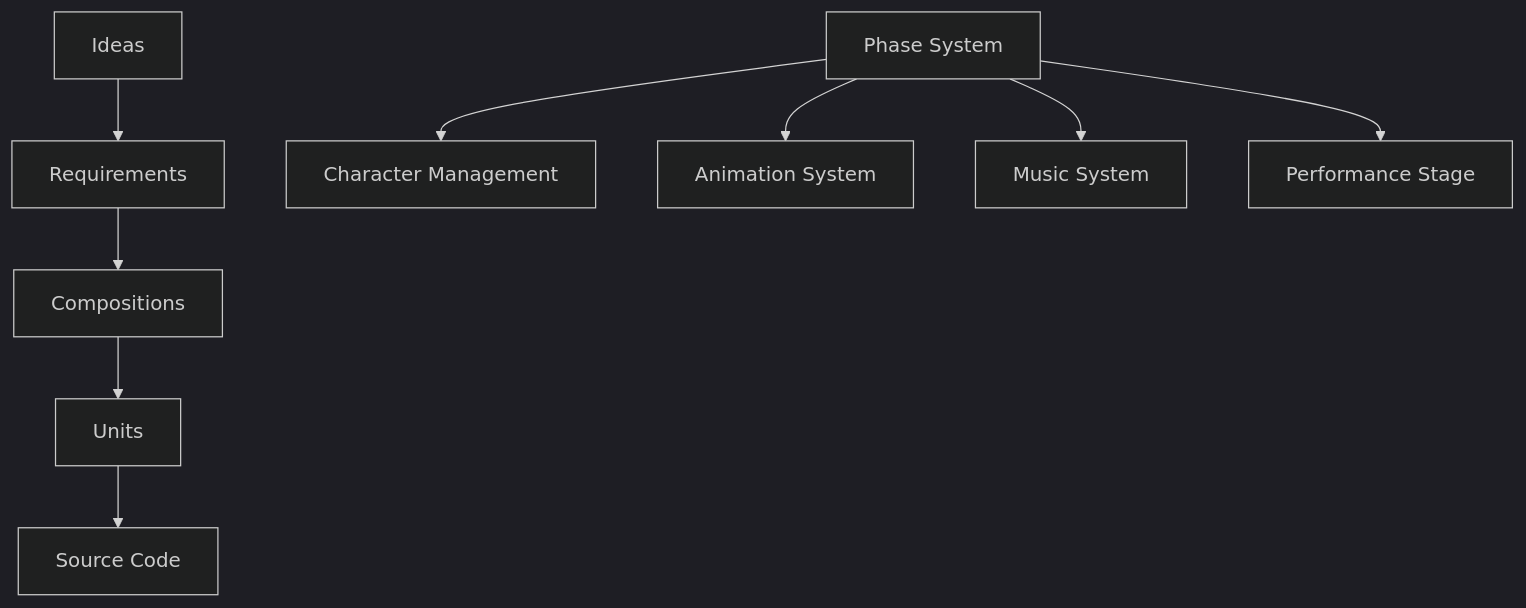
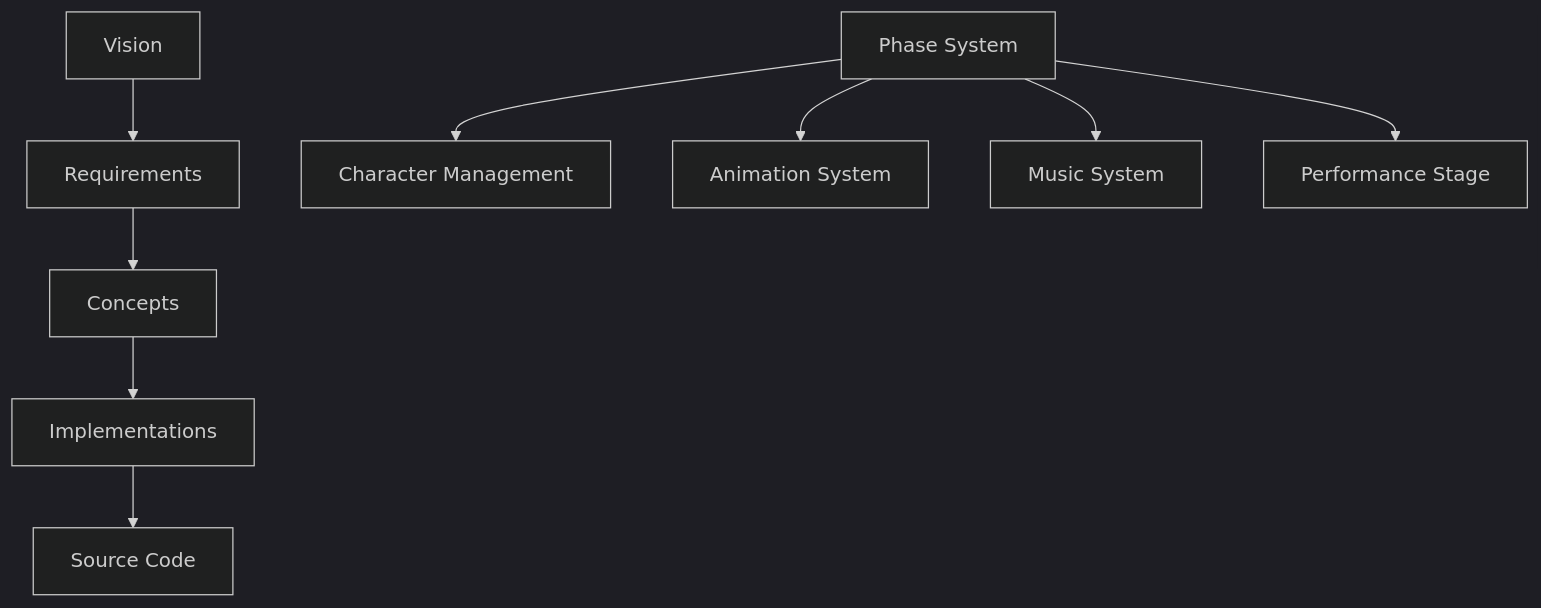
The diagram in docs/index.md (jfjordanfarr/open-sprunk-framework), drawn with Mermaid (dark theme) before and after one commit. The commit also changed other lines of this file and 83 other files, not shown here.

````diff
--- a/docs/index.md
+++ b/docs/index.md
@@ -47,12 +49,12 @@
 ```mermaid
 graph TD
-    A[Ideas] --> B[Requirements]
-    B --> C[Compositions]
-    C --> D[Units]
+    A[Vision] --> B[Requirements]
+    B --> C[Concepts]
+    C --> D[Implementations]
     D --> E[Source Code]
     
     F[Phase System] --> G[Character Management]
     F --> H[Animation System]
     F --> I[Music System]
     F --> J[Performance Stage]
 ```
````
